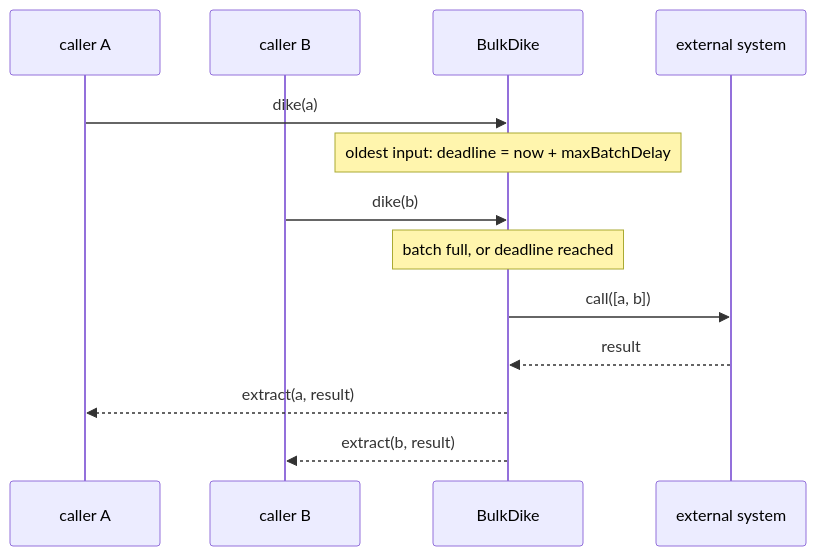
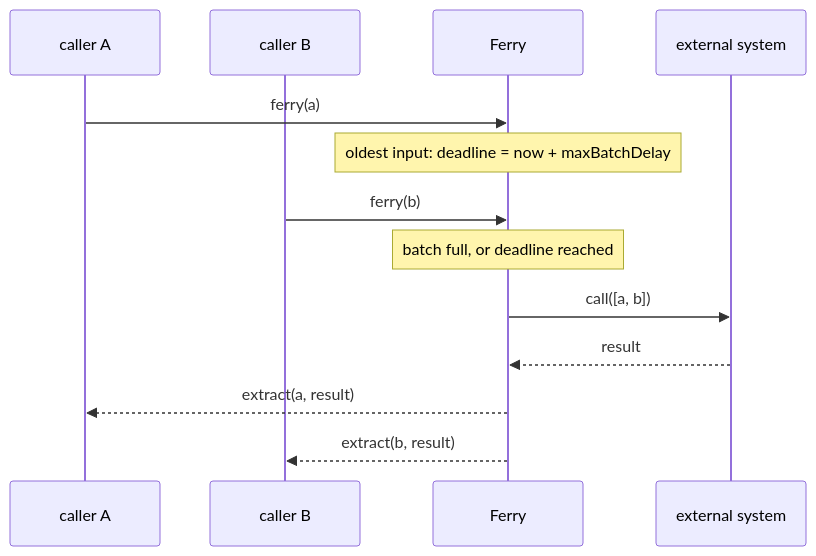
The diagram in docs/guide/batching.md (EtaCassiopeia/bulkdike), drawn with Mermaid before and after one commit. The commit also changed other lines of this file and 63 other files, not shown here.

First line of the commit message:
Rename BulkDike to Ferry

````diff
--- a/docs/guide/batching.md
+++ b/docs/guide/batching.md
@@ -19,15 +19,15 @@
 ```mermaid
 sequenceDiagram
   participant A as caller A
   participant B as caller B
-  participant D as BulkDike
+  participant D as Ferry
   participant S as external system
-  A->>D: dike(a)
+  A->>D: ferry(a)
   Note over D: oldest input: deadline = now + maxBatchDelay
-  B->>D: dike(b)
+  B->>D: ferry(b)
   Note over D: batch full, or deadline reached
   D->>S: call([a, b])
   S-->>D: result
   D-->>A: extract(a, result)
   D-->>B: extract(b, result)
 ```
````
